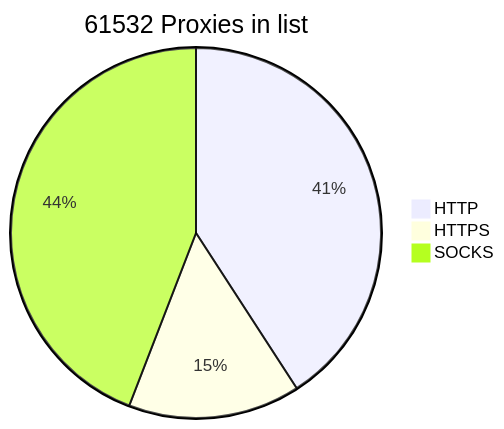
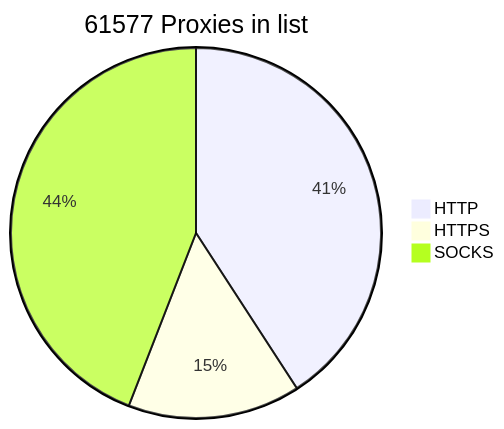
Before and after one commit to BlackSnowDot/proxylist-update-every-minute: the diagram in README.md, drawn with Mermaid.

````diff
--- a/README.md
+++ b/README.md
@@ -2,6 +2,6 @@
 ```mermaid
-pie title 61532 Proxies in list
-    "HTTP" : 28517
-    "HTTPS": 10496
-    "SOCKS" : 30809
+pie title 61577 Proxies in list
+    "HTTP" : 28531
+    "HTTPS": 10532
+    "SOCKS" : 30810
 ```
````
